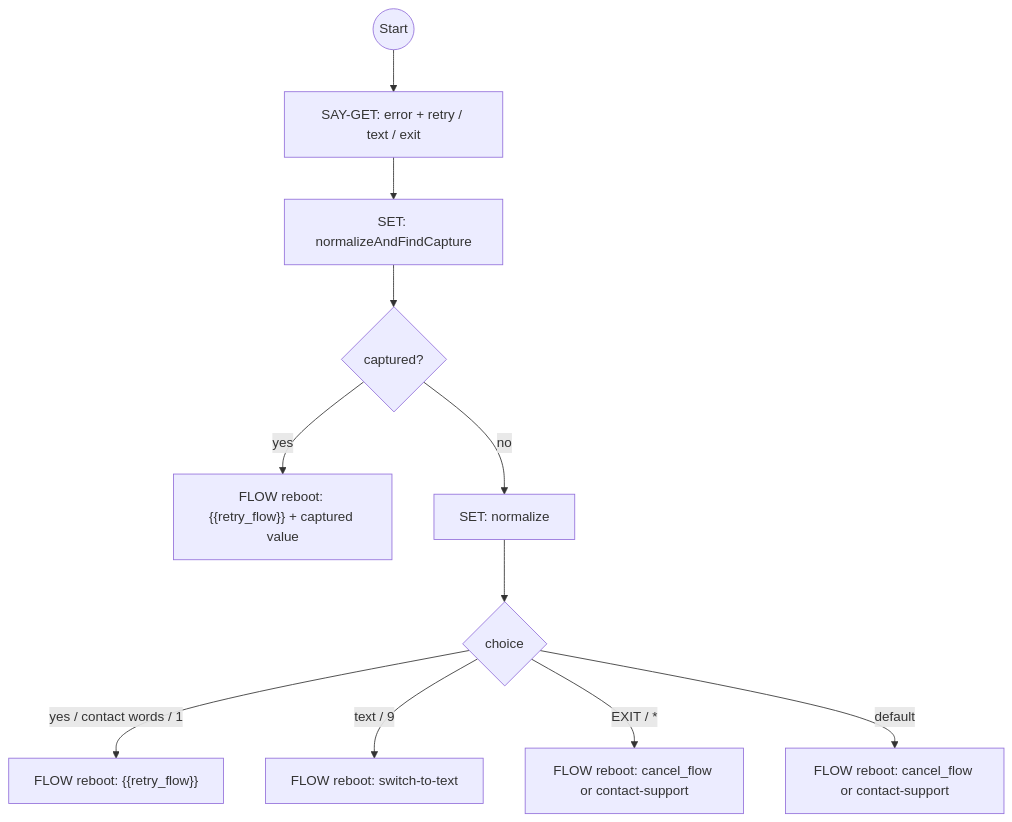
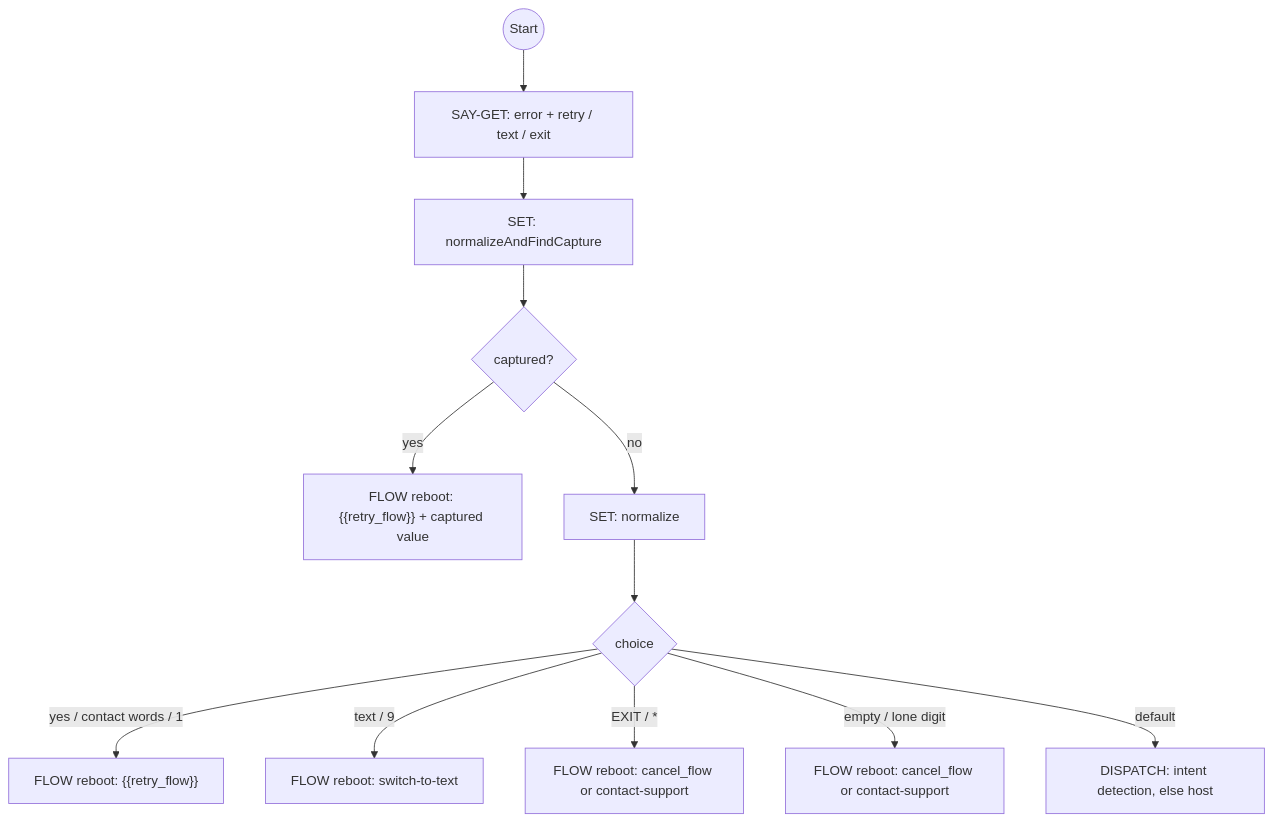
Before and after one commit to ronpinkas/jsfe: the ninth of 11 diagrams in docs/system-flows.md, drawn with Mermaid. The commit also changed other lines of this file and 1 other file, not shown here.

First line of the commit message:
flows + docs: generic-retry-with-options 1.1.0 (prod) — an unrecognised answer is DISPATCHed; caller_outcome / caller_reason

````diff
--- a/docs/system-flows.md
+++ b/docs/system-flows.md
@@ -416,13 +418,14 @@
 ```mermaid
 graph TD
     start((Start)) --> say_error_and_prompt[SAY-GET: error + retry / text / exit]
     say_error_and_prompt --> check_smart_capture[SET: normalizeAndFindCapture]
     check_smart_capture --> handle_smart_capture{captured?}
     handle_smart_capture -->|yes| reboot_with_captured_value["FLOW reboot: {{retry_flow}} + captured value"]
     handle_smart_capture -->|no| normalize_choice[SET: normalize]
     normalize_choice --> handle_choice{choice}
     handle_choice -->|yes / contact words / 1| do_retry["FLOW reboot: {{retry_flow}}"]
     handle_choice -->|text / 9| do_switch_text[FLOW reboot: switch-to-text]
     handle_choice -->|EXIT / *| do_abort["FLOW reboot: cancel_flow or contact-support"]
-    handle_choice -->|default| do_cancel["FLOW reboot: cancel_flow or contact-support"]
+    handle_choice -->|empty / lone digit| do_cancel_no_intent["FLOW reboot: cancel_flow or contact-support"]
+    handle_choice -->|default| dispatch_unrecognised["DISPATCH: intent detection, else host"]
 ```
````
